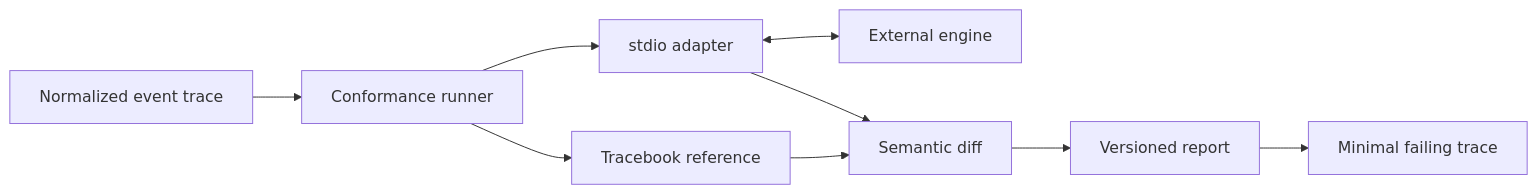
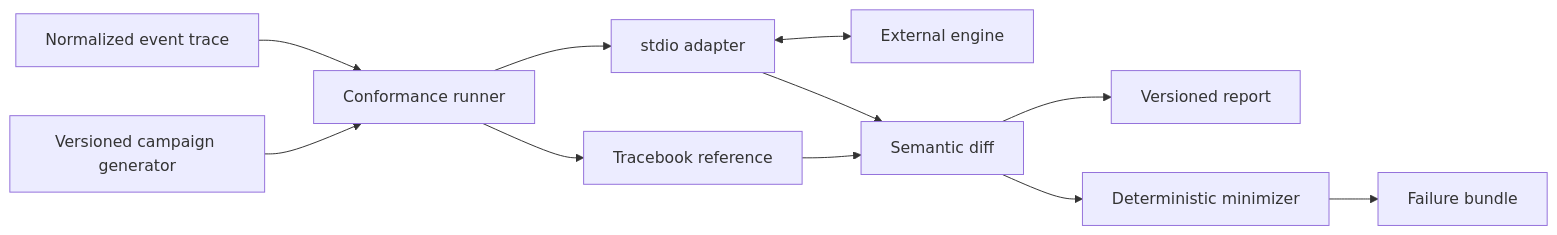
Before and after one commit to Taz33m/tracebook: the diagram in README.md, drawn with Mermaid. The commit also changed other lines of this file and 22 other files, not shown here.

````diff
--- a/README.md
+++ b/README.md
@@ -177,11 +229,13 @@
 ```mermaid
 flowchart LR
-    T["Normalized event trace"] --> R["Conformance runner"]
+    G["Versioned campaign generator"] --> R["Conformance runner"]
+    T["Normalized event trace"] --> R
     R --> O["Tracebook reference"]
     R --> A["stdio adapter"]
     A <--> E["External engine"]
     O --> D["Semantic diff"]
     A --> D
     D --> P["Versioned report"]
-    P --> M["Minimal failing trace"]
+    D --> M["Deterministic minimizer"]
+    M --> B["Failure bundle"]
 ```
````
